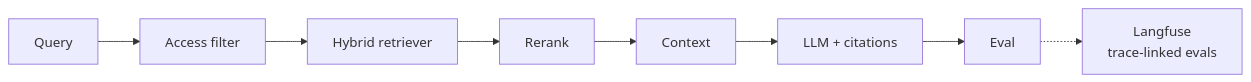
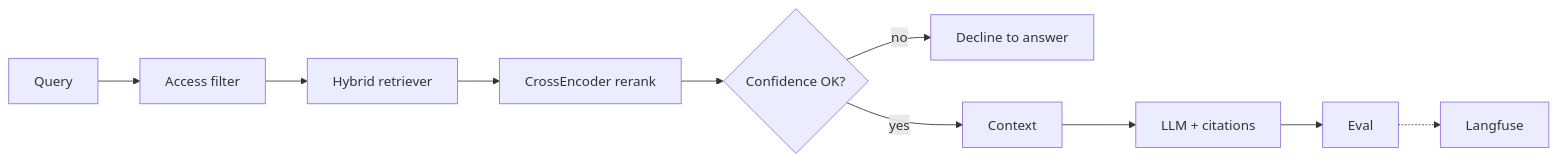
The diagram in case-studies/enterprise-rag-platform.md (vpeetla-ai/ai-architecture-portfolio), drawn with Mermaid before and after one commit. The commit also changed other lines of this file and 6 other files, not shown here.

````diff
--- a/case-studies/enterprise-rag-platform.md
+++ b/case-studies/enterprise-rag-platform.md
@@ -18,6 +20,8 @@
 ```mermaid
 flowchart LR
-    Q[Query] --> AF[Access filter] --> RET[Hybrid retriever] --> RR[Rerank]
-    RR --> CTX[Context] --> LLM[LLM + citations] --> EV[Eval]
-    EV -.-> LF[Langfuse<br/>trace-linked evals]
+    Q[Query] --> AF[Access filter] --> RET[Hybrid retriever]
+    RET --> RR[CrossEncoder rerank] --> DEC{Confidence OK?}
+    DEC -->|no| REF[Decline to answer]
+    DEC -->|yes| CTX[Context] --> LLM[LLM + citations]
+    LLM --> EV[Eval] -.-> LF[Langfuse]
 ```
````
